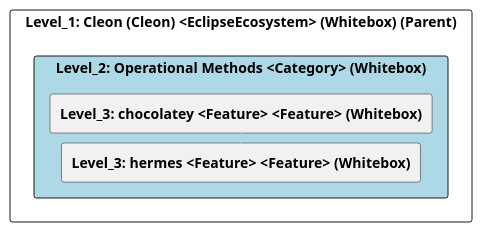
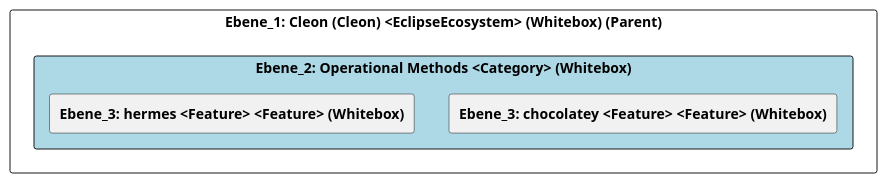
One commit to marcozwyssig/cleon changed the diagram in doc/cleonproject_deliverables_architecture_model_architecture/adoc/de/05_bausteinsicht/cleon/operational_methods/ebene_2_operational_methods.adoc. Above: the diagram before and after it, drawn with PlantUML. The commit also changed other lines of this file and 150 other files, not shown here.

```diff
--- a/doc/cleonproject_deliverables_architecture_model_architecture/adoc/de/05_bausteinsicht/cleon/operational_methods/ebene_2_operational_methods.adoc
+++ b/doc/cleonproject_deliverables_architecture_model_architecture/adoc/de/05_bausteinsicht/cleon/operational_methods/ebene_2_operational_methods.adoc
@@ -20,28 +20,25 @@
-[plantuml, Level_2: Operational Methods <Category> (Whitebox)BlockOverview, format="svg"]
+[plantuml, Ebene_2: Operational Methods <Category> (Whitebox)BlockOverview, format="svg"]
 ----
-@startuml Level_2: Operational Methods <Category> (Whitebox)BuildingBlockOverview
+@startuml Ebene_2: Operational Methods <Category> (Whitebox)BuildingBlockOverview
 
 skinparam ranksep 10
 skinparam componentStyle rectangle
 skinparam shadowing false
 skinparam arrowColor lightblue
 skinparam arrowThickness 1.2
 skinparam rectangle {
   BackgroundColor White
   BorderColor #333
   RoundCorner 10
 }
 top to bottom direction
 
-component "Level_1: Cleon (Cleon) <EclipseEcosystem> (Whitebox) (Parent)" {
-    component "Level_2: Operational Methods <Category> (Whitebox)" #lightblue {
-        [**Level_3: chocolatey <Feature> <Feature> (Whitebox)**] as 49055817_D579_11EE_903E_9F564E4DE07E
-        [**Level_3: hermes <Feature> <Feature> (Whitebox)**] as 3BB60AD5_D421_11EF_BDEF_4D33DBCE89CB
+component "Ebene_1: Cleon (Cleon) <EclipseEcosystem> (Whitebox) (Parent)" {
+    component "Ebene_2: Operational Methods <Category> (Whitebox)" #lightblue {
+        [**Ebene_3: chocolatey <Feature> <Feature> (Whitebox)**] as 49055817_D579_11EE_903E_9F564E4DE07E
+        [**Ebene_3: hermes <Feature> <Feature> (Whitebox)**] as 3BB60AD5_D421_11EF_BDEF_4D33DBCE89CB
     }
-
-    49055817_D579_11EE_903E_9F564E4DE07E -down-> 3BB60AD5_D421_11EF_BDEF_4D33DBCE89CB
-    
 }
 
 @enduml
 ----
```
